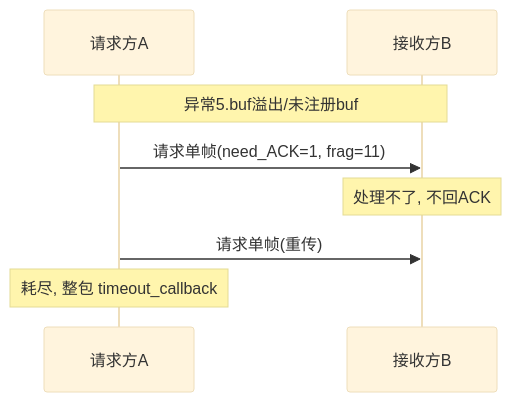
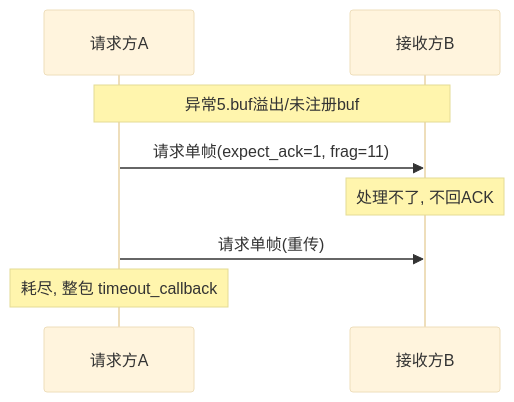
Before and after one commit to Siaiai/ObsidianNote: diagram 12 of 14 in 工作/项目/代码/260401S3分拣面板-SIA-R9000P.md, drawn with Mermaid (base theme). The commit also changed other lines of this file and 1 other file, not shown here.

````diff
--- a/工作/项目/代码/260401S3分拣面板-SIA-R9000P.md
+++ b/工作/项目/代码/260401S3分拣面板-SIA-R9000P.md
@@ -231,10 +246,10 @@
 ```mermaid
 sequenceDiagram
     participant A as 请求方A
     participant B as 接收方B
     Note over A,B: 异常5.buf溢出/未注册buf
-    A->>B: 请求单帧(need_ACK=1, frag=11)
+    A->>B: 请求单帧(expect_ack=1, frag=11)
     Note over B: 处理不了, 不回ACK
     A->>B: 请求单帧(重传)
     Note over A: 耗尽, 整包 timeout_callback
 ```
````
